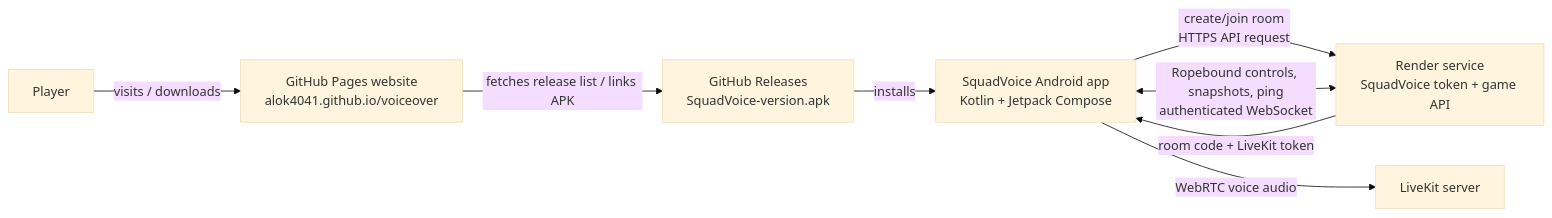
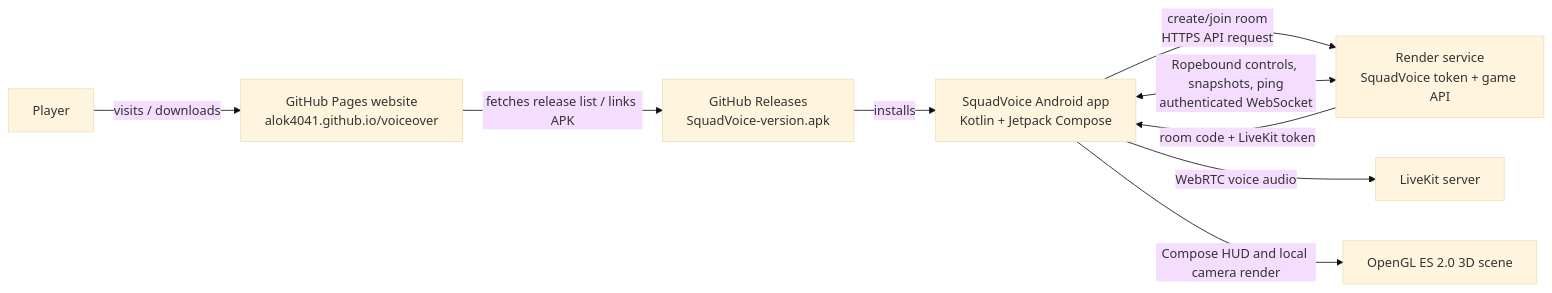
One commit to alok4041/voiceover changed the first of 3 diagrams in docs/SYSTEM-FLOW.md. Above: the diagram before and after it, drawn with Mermaid (base theme). The commit also changed other lines of this file and 16 other files, not shown here.

````diff
--- a/docs/SYSTEM-FLOW.md
+++ b/docs/SYSTEM-FLOW.md
@@ -9,11 +9,12 @@
 ```mermaid
 flowchart LR
     P[Player] -->|visits / downloads| WEB[GitHub Pages website\nalok4041.github.io/voiceover]
     WEB -->|fetches release list / links APK| REL[GitHub Releases\nSquadVoice-version.apk]
     REL -->|installs| APP[SquadVoice Android app\nKotlin + Jetpack Compose]
 
     APP -->|create/join room\nHTTPS API request| API[Render service\nSquadVoice token + game API]
     API -->|room code + LiveKit token| APP
     APP -->|WebRTC voice audio| LK[LiveKit server]
     APP <-->|Ropebound controls, snapshots, ping\nauthenticated WebSocket| API
+    APP -->|Compose HUD and local camera render| GAME[OpenGL ES 2.0 3D scene]
 ```
````
